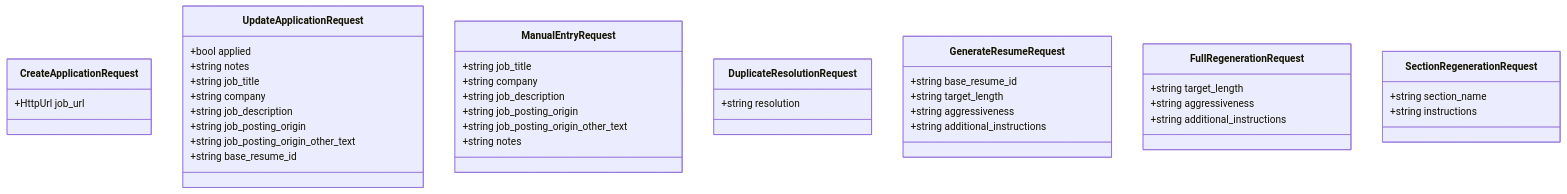
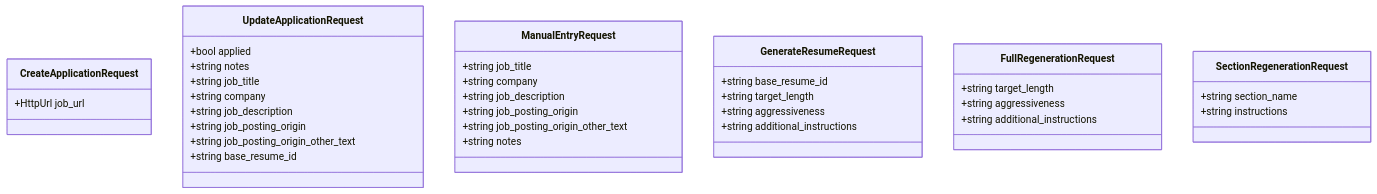
One commit to sankaL/resume-app changed the sixth of 8 diagrams in .qoder/repowiki/en/content/Backend API/Service Layer/Application Manager Service.md. Above: the diagram before and after it, drawn with Mermaid. The commit also changed other lines of this file and 7 other files, not shown here.

````diff
--- a/.qoder/repowiki/en/content/Backend API/Service Layer/Application Manager Service.md
+++ b/.qoder/repowiki/en/content/Backend API/Service Layer/Application Manager Service.md
@@ -570,42 +254,39 @@
 ```mermaid
 classDiagram
 class CreateApplicationRequest {
 +HttpUrl job_url
 }
 class UpdateApplicationRequest {
 +bool applied
 +string notes
 +string job_title
 +string company
 +string job_description
 +string job_posting_origin
 +string job_posting_origin_other_text
 +string base_resume_id
 }
 class ManualEntryRequest {
 +string job_title
 +string company
 +string job_description
 +string job_posting_origin
 +string job_posting_origin_other_text
 +string notes
 }
-class DuplicateResolutionRequest {
-+string resolution
-}
 class GenerateResumeRequest {
 +string base_resume_id
 +string target_length
 +string aggressiveness
 +string additional_instructions
 }
 class FullRegenerationRequest {
 +string target_length
 +string aggressiveness
 +string additional_instructions
 }
 class SectionRegenerationRequest {
 +string section_name
 +string instructions
 }
 ```
````
